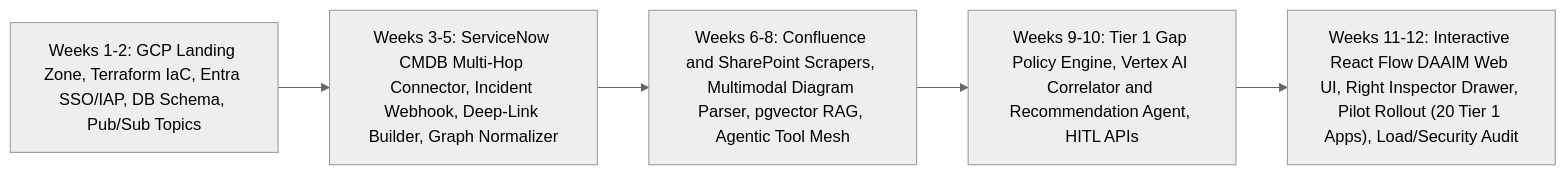
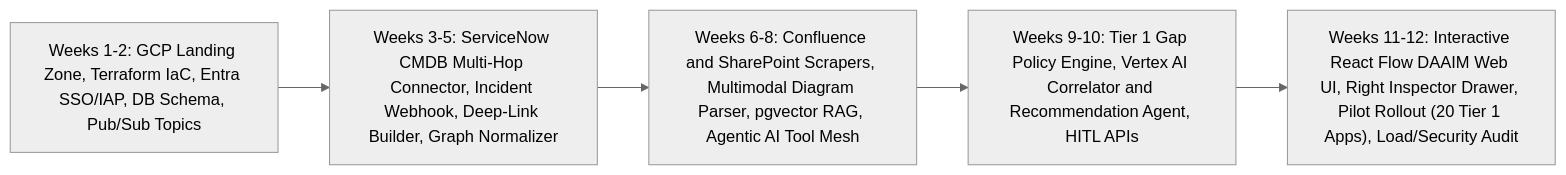
The ninth of 9 diagrams in docs/daaim_architecture_design_doc.md (ScrappyBeard/DAAIM), drawn with Mermaid (neutral theme) before and after one commit. The commit also changed other lines of this file and 2 other files, not shown here.

````diff
--- a/docs/daaim_architecture_design_doc.md
+++ b/docs/daaim_architecture_design_doc.md
@@ -703,10 +708,10 @@
 ```mermaid
 flowchart LR
     S1["Weeks 1-2: GCP Landing Zone, Terraform IaC, Entra SSO/IAP, DB Schema, Pub/Sub Topics"]
     S2["Weeks 3-5: ServiceNow CMDB Multi-Hop Connector, Incident Webhook, Deep-Link Builder, Graph Normalizer"]
-    S3["Weeks 6-8: Confluence and SharePoint Scrapers, Multimodal Diagram Parser, pgvector RAG, Agentic Tool Mesh"]
+    S3["Weeks 6-8: Confluence and SharePoint Scrapers, Multimodal Diagram Parser, pgvector RAG, Agentic AI Tool Mesh"]
     S4["Weeks 9-10: Tier 1 Gap Policy Engine, Vertex AI Correlator and Recommendation Agent, HITL APIs"]
     S5["Weeks 11-12: Interactive React Flow DAAIM Web UI, Right Inspector Drawer, Pilot Rollout (20 Tier 1 Apps), Load/Security Audit"]
 
     S1 --> S2 --> S3 --> S4 --> S5
 ```
````
